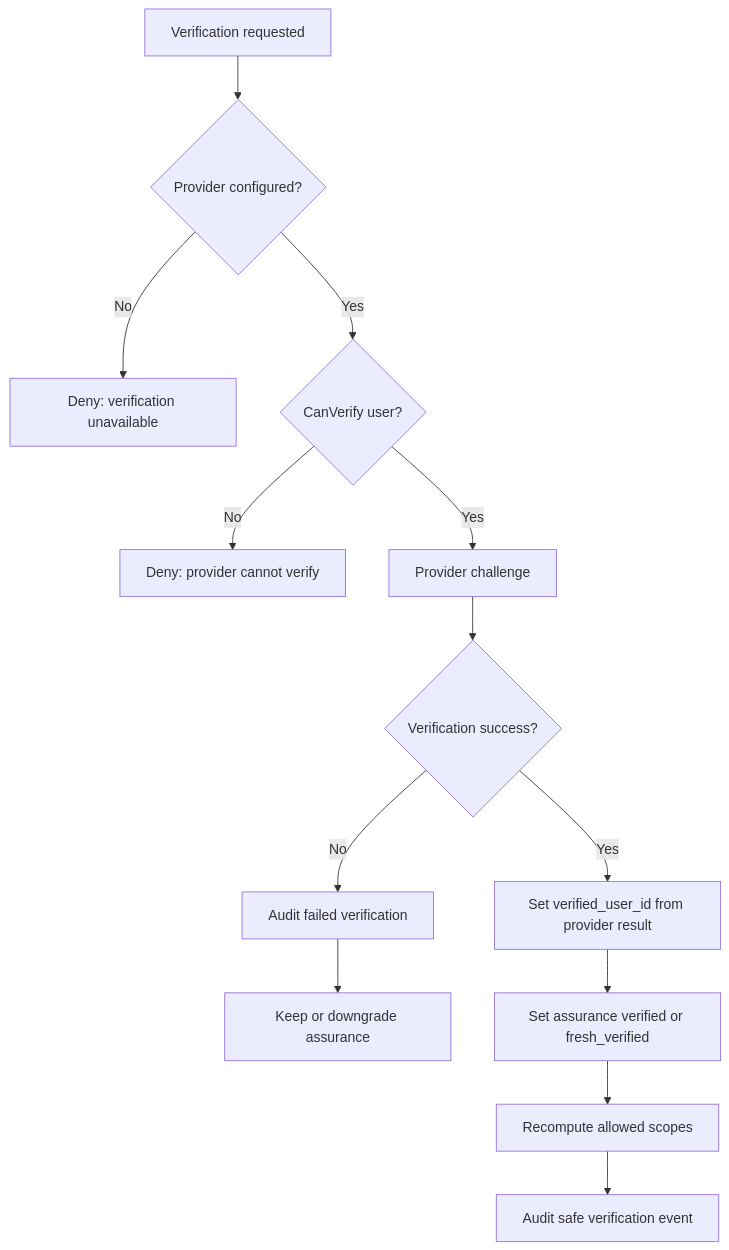
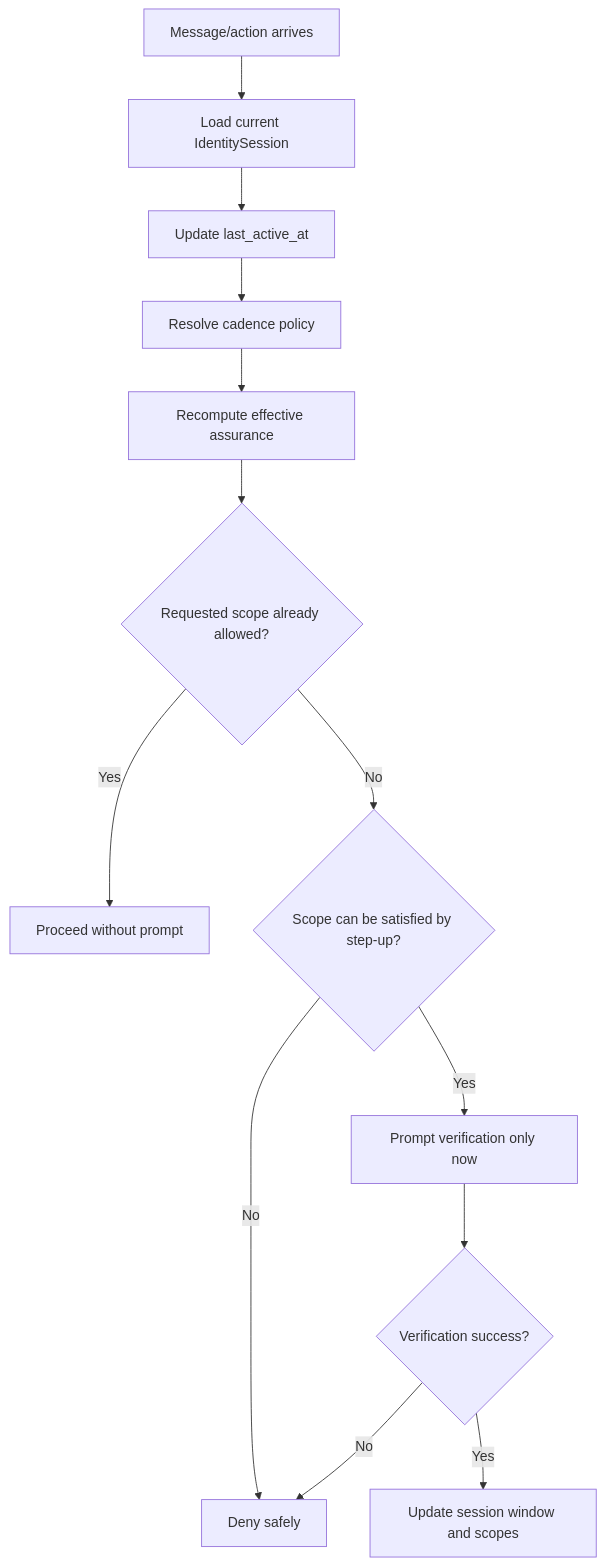
The third of 5 diagrams in docs/plans/IDENTITY_GATE_BUILD_PLAN.md (AegisAgentAscalon/Aegis-Core), drawn with Mermaid before and after one commit. The commit also changed other lines of this file, not shown here.

Commit message:
docs: integrate operator cadence and prompt provenance into Identity Gate plan

````diff
--- a/docs/plans/IDENTITY_GATE_BUILD_PLAN.md
+++ b/docs/plans/IDENTITY_GATE_BUILD_PLAN.md
@@ -359,15 +611,15 @@
 ```mermaid
 flowchart TD
-    A[Verification requested] --> B{Provider configured?}
-    B -- No --> X[Deny: verification unavailable]
-    B -- Yes --> C{CanVerify user?}
-    C -- No --> Y[Deny: provider cannot verify]
-    C -- Yes --> D[Provider challenge]
-    D --> E{Verification success?}
-    E -- No --> F[Audit failed verification]
-    F --> G[Keep or downgrade assurance]
-    E -- Yes --> H[Set verified_user_id from provider result]
-    H --> I[Set assurance verified or fresh_verified]
-    I --> J[Recompute allowed scopes]
-    J --> K[Audit safe verification event]
+    A[Message/action arrives] --> B[Load current IdentitySession]
+    B --> C[Update last_active_at]
+    C --> D[Resolve cadence policy]
+    D --> E[Recompute effective assurance]
+    E --> F{Requested scope already allowed?}
+    F -- Yes --> G[Proceed without prompt]
+    F -- No --> H{Scope can be satisfied by step-up?}
+    H -- No --> I[Deny safely]
+    H -- Yes --> J[Prompt verification only now]
+    J --> K{Verification success?}
+    K -- Yes --> L[Update session window and scopes]
+    K -- No --> I
 ```
````
